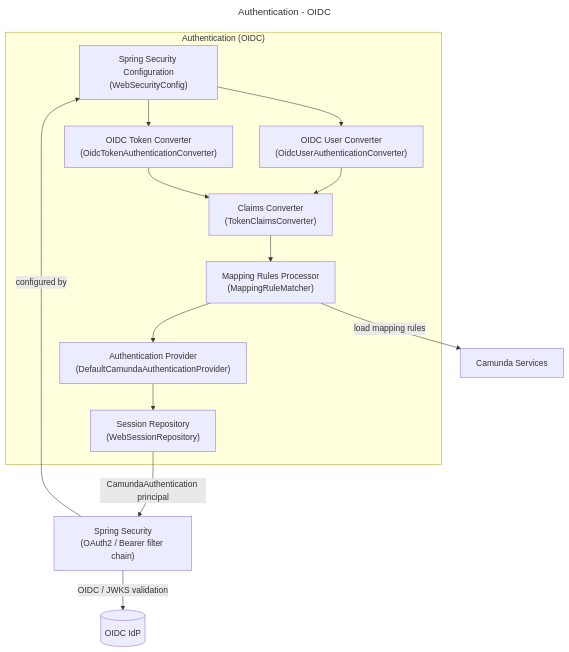
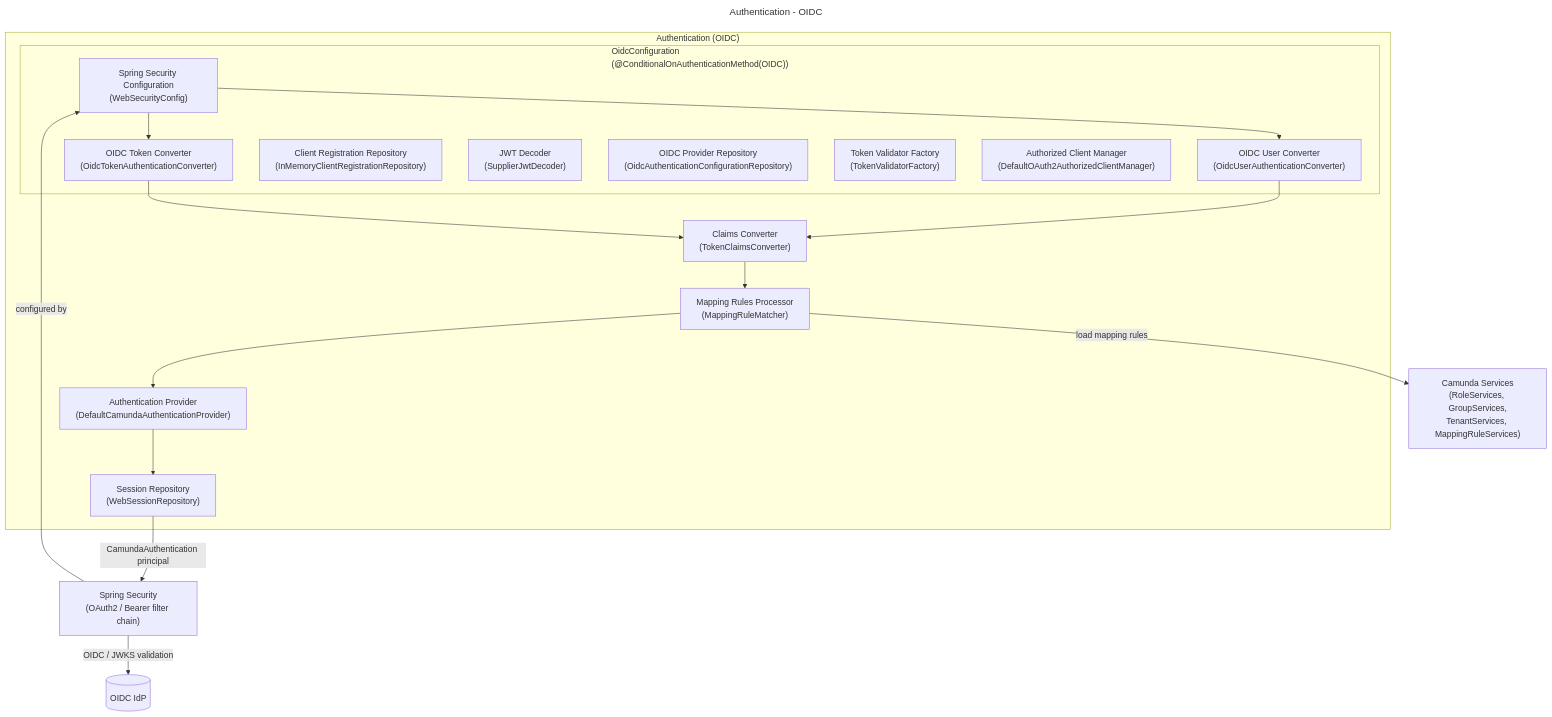
Before and after one commit to camunda/camunda: the fifth of 17 diagrams in docs/identity/architecture-documentation.md, drawn with Mermaid. The commit also changed other lines of this file and 4 other files, not shown here.

Commit message:
docs: update identity arc42 architecture documentation based on review

````diff
--- a/docs/identity/architecture-documentation.md
+++ b/docs/identity/architecture-documentation.md
@@ -272,32 +289,39 @@
 ```mermaid
 ---
 title: Authentication - OIDC
 ---
 flowchart TB
   subgraph AUTHENTICATION_OIDC["Authentication (OIDC)"]
-    WEB_SEC_CFG["Spring Security Configuration\n(WebSecurityConfig)"]
-    OIDC_USER_CONV["OIDC User Converter\n(OidcUserAuthenticationConverter)"]
-    OIDC_TOKEN_CONV["OIDC Token Converter\n(OidcTokenAuthenticationConverter)"]
+    subgraph OIDC_CONF["OidcConfiguration\n(@ConditionalOnAuthenticationMethod(OIDC))"]
+      WEB_SEC_CFG["Spring Security Configuration\n(WebSecurityConfig)"]
+      OIDC_USER_CONV["OIDC User Converter\n(OidcUserAuthenticationConverter)"]
+      OIDC_TOKEN_CONV["OIDC Token Converter\n(OidcTokenAuthenticationConverter)"]
+      CLIENT_REG_REPO["Client Registration Repository\n(InMemoryClientRegistrationRepository)"]
+      JWT_DECODER["JWT Decoder\n(SupplierJwtDecoder)"]
+      OIDC_PROVIDER_REPO["OIDC Provider Repository\n(OidcAuthenticationConfigurationRepository)"]
+      TOKEN_VALIDATOR["Token Validator Factory\n(TokenValidatorFactory)"]
+      AUTHORIZED_CLIENT_MGR["Authorized Client Manager\n(DefaultOAuth2AuthorizedClientManager)"]
+    end
     CLAIMS_CONV["Claims Converter\n(TokenClaimsConverter)"]
     MAPPING_RULES_PROC["Mapping Rules Processor\n(MappingRuleMatcher)"]
     AUTH_PROVIDER["Authentication Provider\n(DefaultCamundaAuthenticationProvider)"]
     SESSION_MGR["Session Repository\n(WebSessionRepository)"]
 
     WEB_SEC_CFG --> OIDC_USER_CONV
     WEB_SEC_CFG --> OIDC_TOKEN_CONV
     OIDC_USER_CONV --> CLAIMS_CONV
     OIDC_TOKEN_CONV --> CLAIMS_CONV
     CLAIMS_CONV --> MAPPING_RULES_PROC
     MAPPING_RULES_PROC --> AUTH_PROVIDER
     AUTH_PROVIDER --> SESSION_MGR
   end
 
   IDP[("OIDC IdP")]
   SPRING_SECURITY["Spring Security\n(OAuth2 / Bearer filter chain)"]
-  CAMUNDA_SERVICES["Camunda Services"]
+  CAMUNDA_SERVICES["Camunda Services\n(RoleServices, GroupServices,\nTenantServices, MappingRuleServices)"]
 
   SPRING_SECURITY -->|"configured by"| WEB_SEC_CFG
   SPRING_SECURITY -->|"OIDC / JWKS validation"| IDP
   MAPPING_RULES_PROC -->|"load mapping rules"| CAMUNDA_SERVICES
   SESSION_MGR -->|"CamundaAuthentication principal"| SPRING_SECURITY
 ```
````
